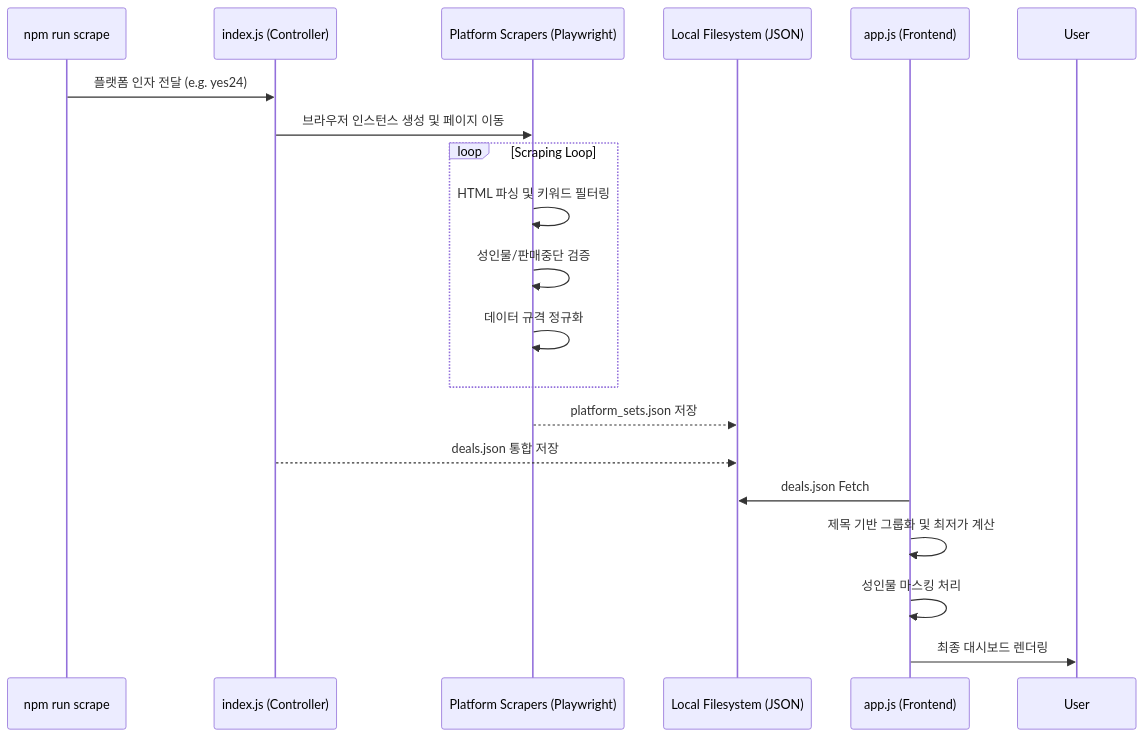
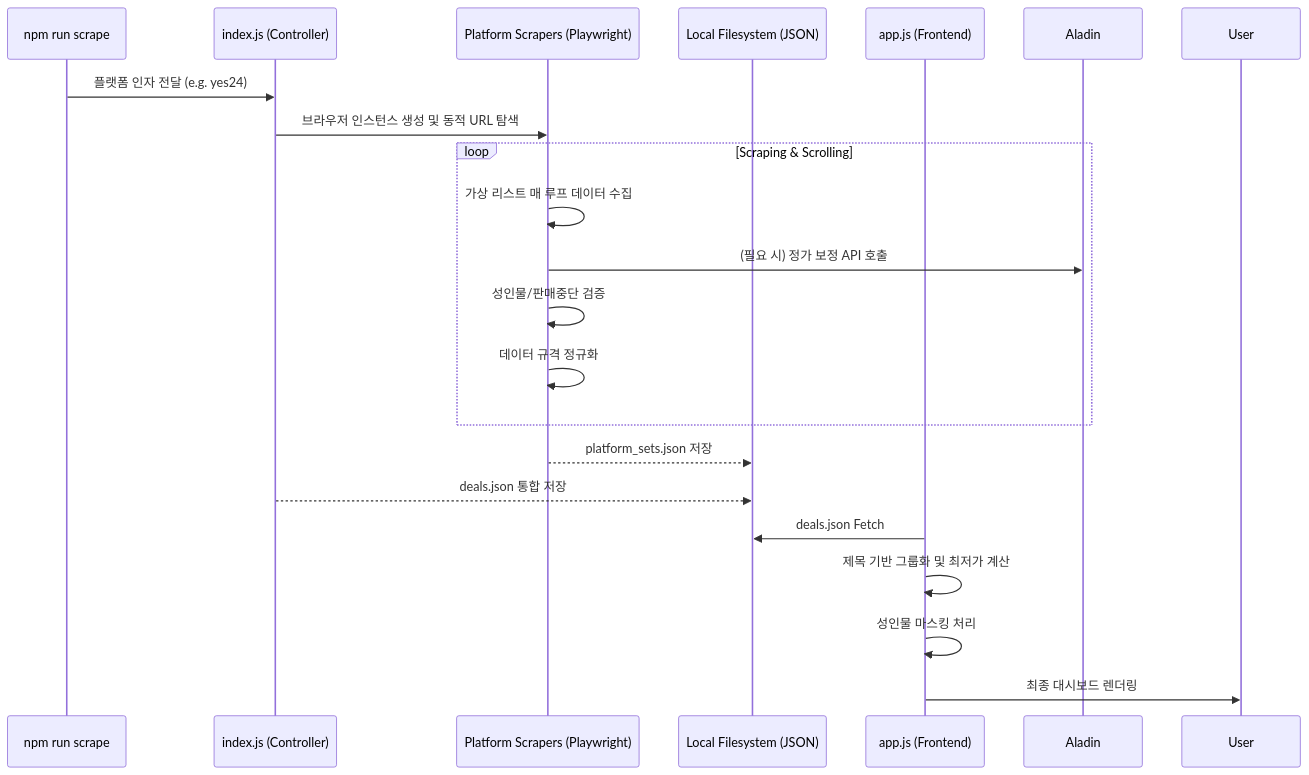
One commit to ff8scall/cbook changed the diagram in .gravityBrain/CORE_LOGIC.md. Above: the diagram before and after it, drawn with Mermaid. The commit also changed other lines of this file and 23 other files, not shown here.

````diff
--- a/.gravityBrain/CORE_LOGIC.md
+++ b/.gravityBrain/CORE_LOGIC.md
@@ -32,22 +64,23 @@
 ```mermaid
 sequenceDiagram
     participant CLI as npm run scrape
     participant Index as index.js (Controller)
     participant Scraper as Platform Scrapers (Playwright)
     participant FS as Local Filesystem (JSON)
     participant UI as app.js (Frontend)
 
     CLI->>Index: 플랫폼 인자 전달 (e.g. yes24)
-    Index->>Scraper: 브라우저 인스턴스 생성 및 페이지 이동
-    loop Scraping Loop
-        Scraper->>Scraper: HTML 파싱 및 키워드 필터링
+    Index->>Scraper: 브라우저 인스턴스 생성 및 동적 URL 탐색
+    loop Scraping & Scrolling
+        Scraper->>Scraper: 가상 리스트 매 루프 데이터 수집
+        Scraper->>Aladin: (필요 시) 정가 보정 API 호출
         Scraper->>Scraper: 성인물/판매중단 검증
         Scraper->>Scraper: 데이터 규격 정규화
     end
     Scraper-->>FS: platform_sets.json 저장
     Index-->>FS: deals.json 통합 저장
     UI->>FS: deals.json Fetch
     UI->>UI: 제목 기반 그룹화 및 최저가 계산
     UI->>UI: 성인물 마스킹 처리
     UI->>User: 최종 대시보드 렌더링
 ```
````
